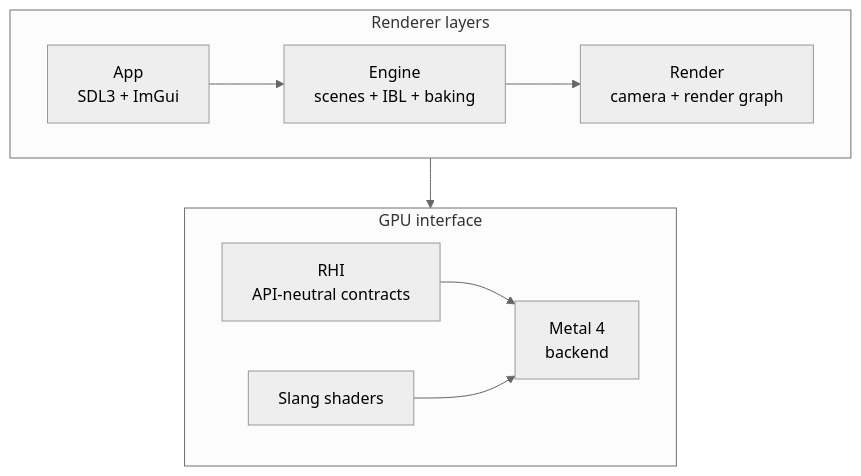
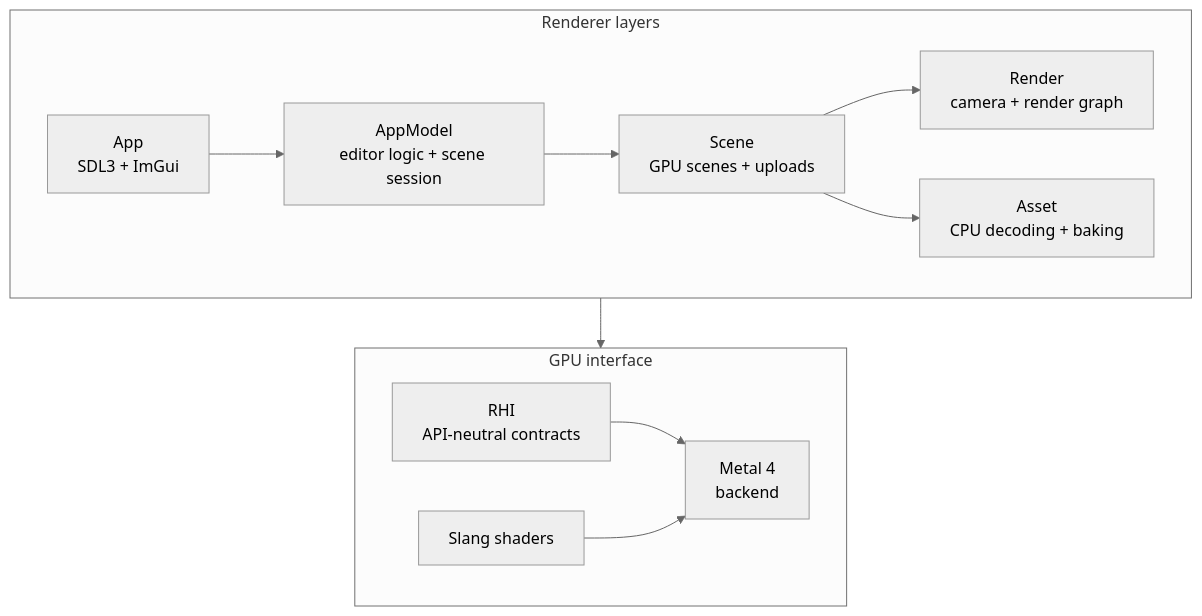
Before and after one commit to AmanThuL/Luminex: the second of 2 diagrams in README.md, drawn with Mermaid (neutral theme). The commit also changed other lines of this file and 344 other files, not shown here.

First line of the commit message:
core: separate assets, scenes and editor models (R1)

````diff
--- a/README.md
+++ b/README.md
@@ -127,13 +127,14 @@
 ```mermaid
 flowchart TB
     subgraph Layers["Renderer layers"]
         direction LR
-        App["App<br/>SDL3 + ImGui"] --> Engine["Engine<br/>scenes + IBL + baking"] --> Render["Render<br/>camera + render graph"]
+        App["App<br/>SDL3 + ImGui"] --> AppModel["AppModel<br/>editor logic + scene session"] --> Scene["Scene<br/>GPU scenes + uploads"] --> Render["Render<br/>camera + render graph"]
+        Scene --> Asset["Asset<br/>CPU decoding + baking"]
     end
     subgraph GPU["GPU interface"]
         direction LR
         RHI["RHI<br/>API-neutral contracts"] --> Metal["Metal 4<br/>backend"]
         Shaders["Slang shaders"] --> Metal
     end
     Render --> RHI
 ```
````
